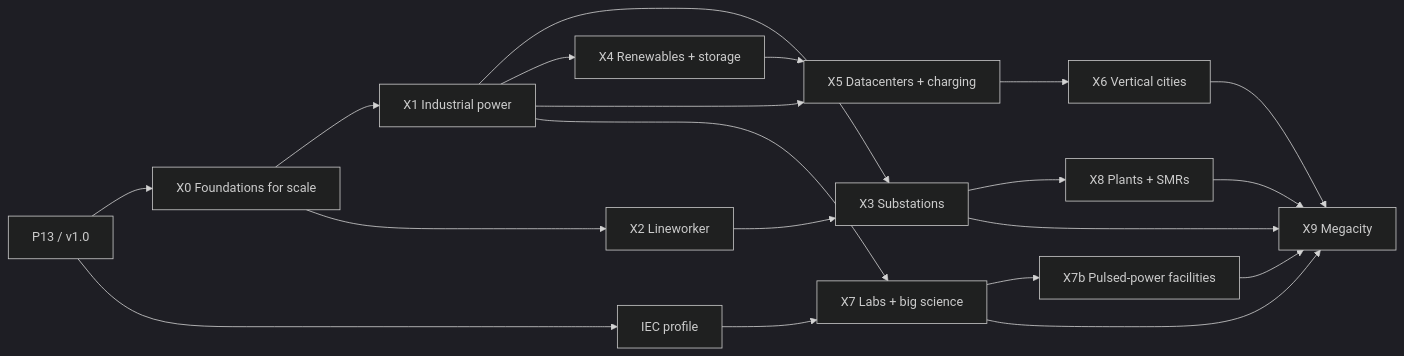
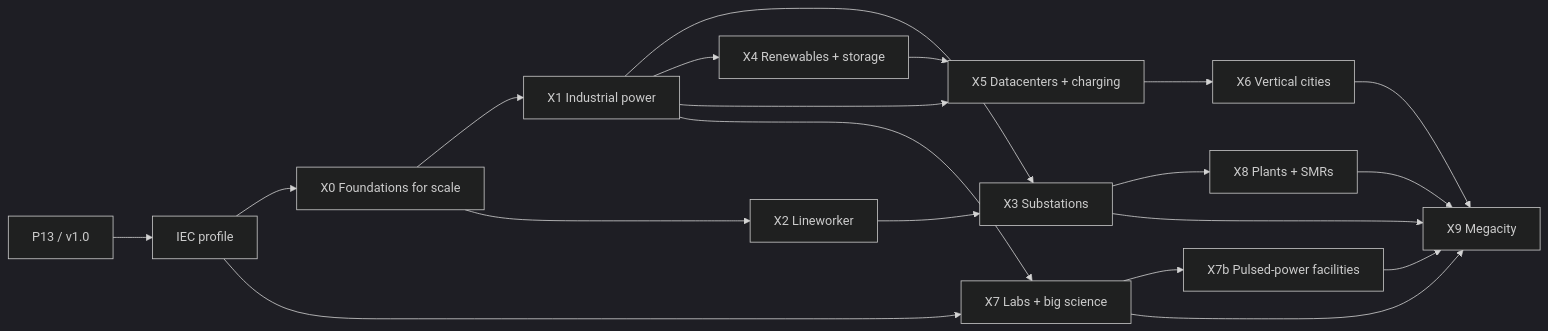
One commit to joebarbere/controls changed the diagram in plans/expansion-power-systems.md. Above: the diagram before and after it, drawn with Mermaid (dark theme). The commit also changed other lines of this file, not shown here.

First line of the commit message:
docs(plans): expansion proposal — IEC profile first after 1.0

````diff
--- a/plans/expansion-power-systems.md
+++ b/plans/expansion-power-systems.md
@@ -223,22 +223,22 @@
 ```mermaid
 graph LR
-  P13[P13 / v1.0] --> X0[X0 Foundations for scale]
-  P13 --> IEC[IEC profile]
+  P13[P13 / v1.0] --> IEC[IEC profile]
+  IEC --> X0[X0 Foundations for scale]
   X0 --> X1[X1 Industrial power]
   X0 --> X2[X2 Lineworker]
   X1 --> X3[X3 Substations]
   X2 --> X3
   X1 --> X4[X4 Renewables + storage]
   X1 --> X5[X5 Datacenters + charging]
   X4 --> X5
   X5 --> X6[X6 Vertical cities]
   X1 --> X7[X7 Labs + big science]
   IEC --> X7
   X7 --> X7b[X7b Pulsed-power facilities]
   X3 --> X8[X8 Plants + SMRs]
   X3 --> X9[X9 Megacity]
   X6 --> X9
   X7 --> X9
   X7b --> X9
   X8 --> X9
 ```
````
